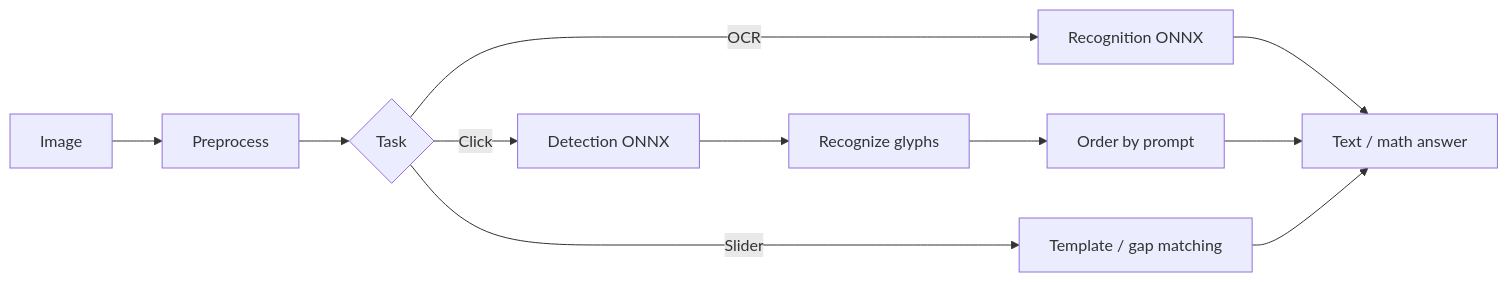
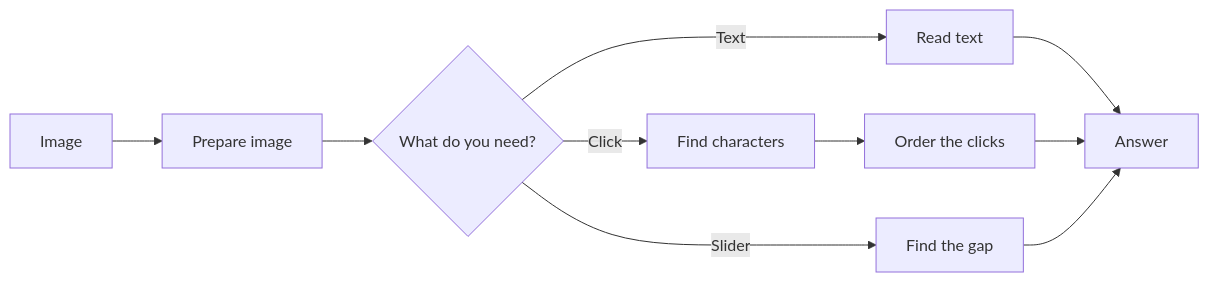
The diagram in README.md (ozalt/kaptchaocr), drawn with Mermaid before and after one commit. The commit also changed other lines of this file and 10 other files, not shown here.

````diff
--- a/README.md
+++ b/README.md
@@ -193,11 +195,11 @@
 ```mermaid
 flowchart LR
-    I[Image] --> P[Preprocess]
-    P --> T{Task}
-    T -->|OCR| R[Recognition ONNX]
-    T -->|Click| D[Detection ONNX] --> C[Recognize glyphs] --> O[Order by prompt]
-    T -->|Slider| S[Template / gap matching]
-    R --> J[Text / math answer]
+    I[Image] --> P[Prepare image]
+    P --> T{What do you need?}
+    T -->|Text| R[Read text]
+    T -->|Click| D[Find characters] --> O[Order the clicks]
+    T -->|Slider| S[Find the gap]
+    R --> J[Answer]
     O --> J
     S --> J
 ```
````
